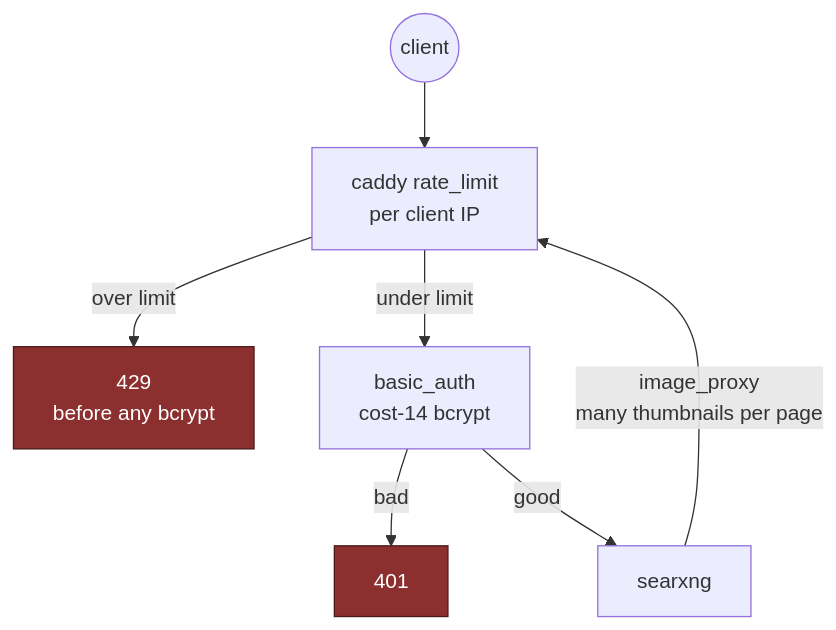
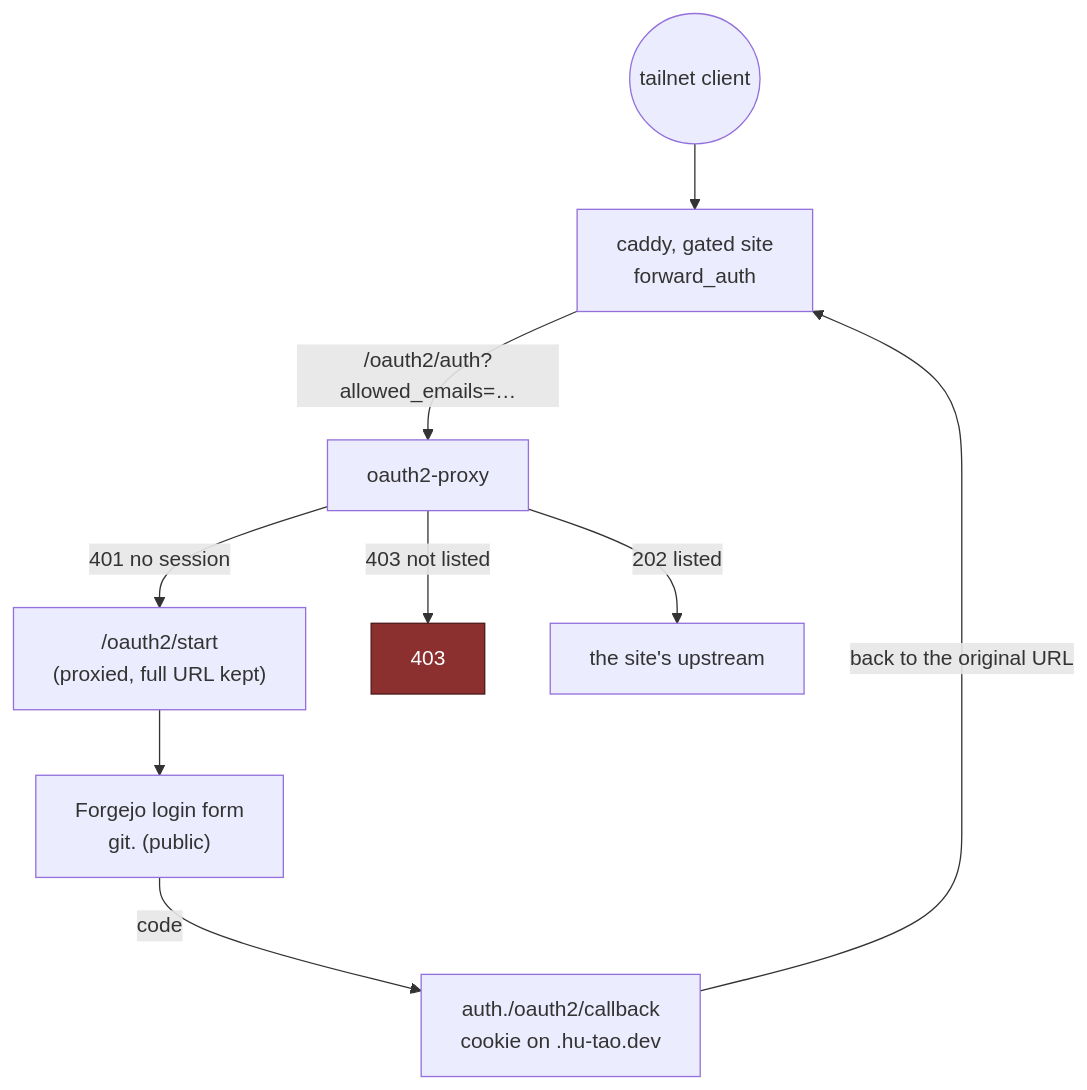
One commit to 1Git2Clone/vps changed the diagram in docs/src/architecture/access-control.md. Above: the diagram before and after it, drawn with Mermaid. The commit also changed other lines of this file and 12 other files, not shown here.

````diff
--- a/docs/src/architecture/access-control.md
+++ b/docs/src/architecture/access-control.md
@@ -95,12 +102,14 @@
 ```mermaid
 flowchart TB
-    c(("client")) --> rl["caddy rate_limit<br/>per client IP"]
-    rl -- "over limit" --> r429["429<br/>before any bcrypt"]
-    rl -- "under limit" --> ba["basic_auth<br/>cost-14 bcrypt"]
-    ba -- "bad" --> r401["401"]
-    ba -- "good" --> sx["searxng"]
-    sx -- "image_proxy<br/>many thumbnails per page" --> rl
+    c(("tailnet client")) --> cd["caddy, gated site<br/>forward_auth"]
+    cd -- "/oauth2/auth?allowed_emails=…" --> op["oauth2-proxy"]
+    op -- "401 no session" --> st["/oauth2/start<br/>(proxied, full URL kept)"]
+    st --> fj["Forgejo login form<br/>git. (public)"]
+    fj -- "code" --> cb["auth./oauth2/callback<br/>cookie on .hu-tao.dev"]
+    cb -- "back to the original URL" --> cd
+    op -- "403 not listed" --> r403["403"]
+    op -- "202 listed" --> up["the site's upstream"]
 
     classDef bad fill:#8c2f2f,stroke:#4d1a1a,color:#fff
-    class r429,r401 bad
+    class r403 bad
 ```
````
